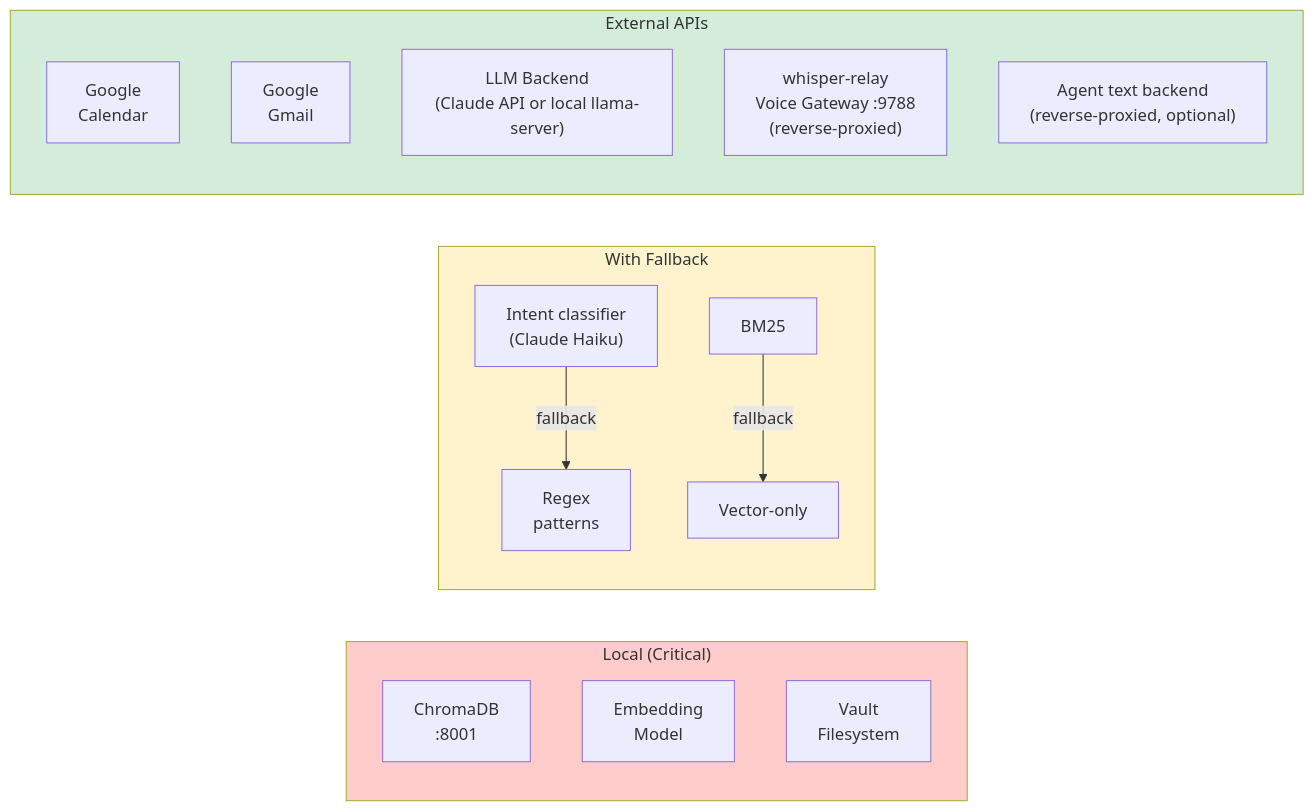
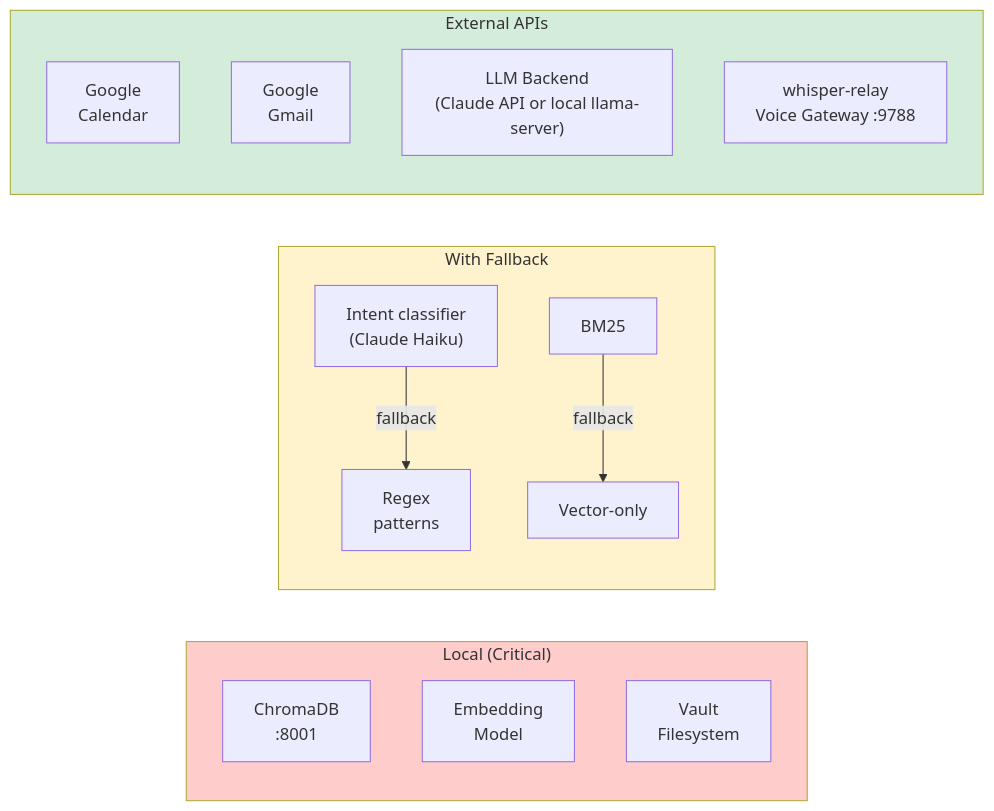
One commit to nbramia/LifeOS changed the fourth of 4 diagrams in README.md. Above: the diagram before and after it, drawn with Mermaid. The commit also changed other lines of this file and 17 other files, not shown here.

````diff
--- a/README.md
+++ b/README.md
@@ -272,28 +372,24 @@
 ```mermaid
 flowchart LR
     subgraph Local["Local (Critical)"]
         direction TB
-        ChromaDB["ChromaDB\n:8001"]
-        Embed["Embedding\nModel"]
-        Vault["Vault\nFilesystem"]
+        ChromaDB["ChromaDB<br/>:8001"]
+        Embed["Embedding<br/>Model"]
+        Vault["Vault<br/>Filesystem"]
     end
-
     subgraph Fallback["With Fallback"]
         direction TB
-        Intent["Intent classifier\n(Claude Haiku)"] -->|fallback| Patterns["Regex\npatterns"]
+        Intent["Intent classifier<br/>(Claude Haiku)"] -->|fallback| Patterns["Regex<br/>patterns"]
         BM25["BM25"] -->|fallback| VecOnly["Vector-only"]
     end
-
     subgraph External["External APIs"]
         direction TB
-        GCal["Google\nCalendar"]
-        Gmail["Google\nGmail"]
-        LLM["LLM Backend\n(Claude API or local llama-server)"]
-        Voice["whisper-relay\nVoice Gateway :9788\n(reverse-proxied)"]
-        Agent["Agent text backend\n(reverse-proxied, optional)"]
+        GCal["Google<br/>Calendar"]
+        Gmail["Google<br/>Gmail"]
+        LLM["LLM Backend<br/>(Claude API or local llama-server)"]
+        Voice["whisper-relay<br/>Voice Gateway :9788"]
     end
-
     style Local fill:#ffcccc
     style Fallback fill:#fff3cd
     style External fill:#d4edda
 ```
````
